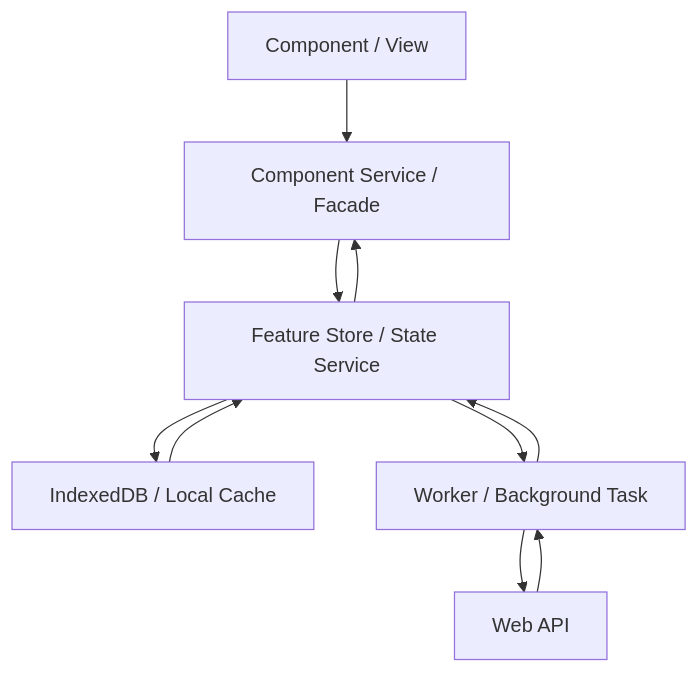
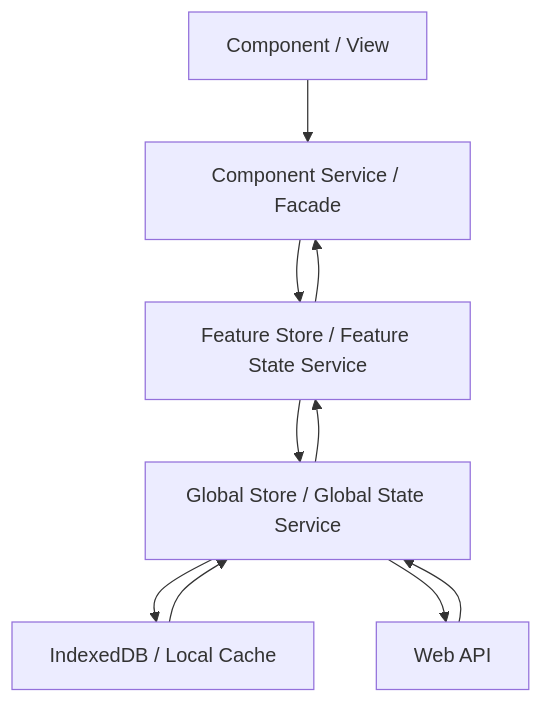
Before and after one commit to Heljens-IT-Services/agent-files: the diagram in agents/DEVELOPER.Angular.md, drawn with Mermaid. The commit also changed other lines of this file and 9 other files, not shown here.

````diff
--- a/agents/DEVELOPER.Angular.md
+++ b/agents/DEVELOPER.Angular.md
@@ -19,12 +28,12 @@
 ```mermaid
 flowchart TD
     Component[Component / View] --> ComponentService[Component Service / Facade]
-    ComponentService --> Store[Feature Store / State Service]
-    Store --> ComponentService
-    Store --> LocalData[IndexedDB / Local Cache]
-    LocalData --> Store
-    Store --> Worker[Worker / Background Task]
-    Worker --> WebApi[Web API]
-    WebApi --> Worker
-    Worker --> Store
+    ComponentService --> FStore[Feature Store / Feature State Service]
+    FStore --> ComponentService
+    FStore --> GStore[Global Store / Global State Service]
+    GStore --> FStore
+    GStore --> LocalData[IndexedDB / Local Cache]
+    LocalData --> GStore
+    GStore --> WebApi[Web API]
+    WebApi --> GStore
 ```
````
